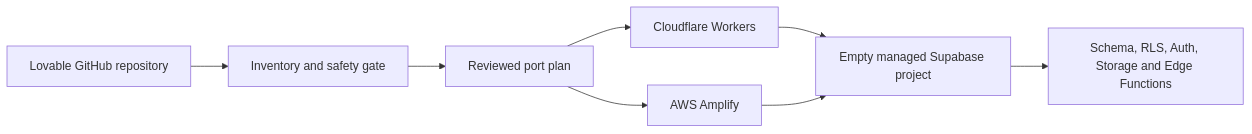
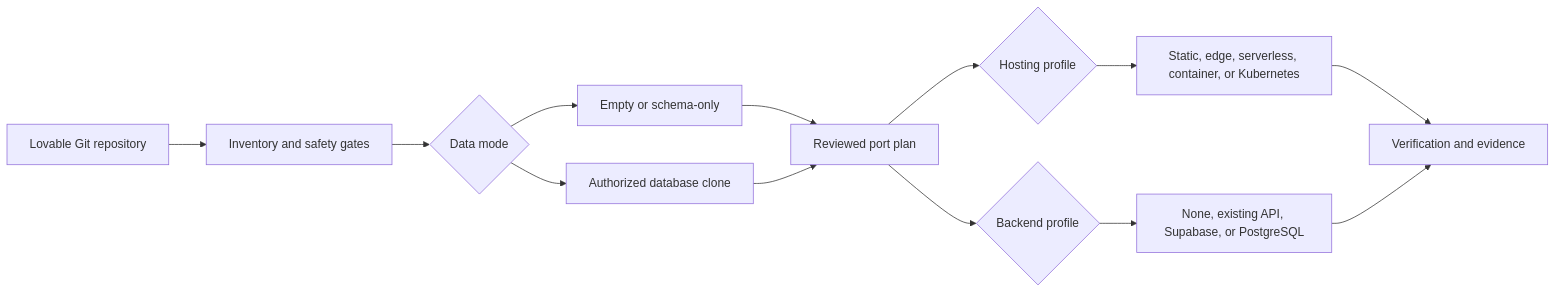
Before and after one commit to adamhjort/lovable-porting-agent: the diagram in README.md, drawn with Mermaid. The commit also changed other lines of this file and 20 other files, not shown here.

First line of the commit message:
Make porting agent model-neutral across hosting, backends, and data modes

````diff
--- a/README.md
+++ b/README.md
@@ -25,10 +28,15 @@
 ```mermaid
 flowchart LR
-    A["Lovable GitHub repository"] --> B["Inventory and safety gate"]
-    B --> C["Reviewed port plan"]
-    C --> D["Cloudflare Workers"]
-    C --> E["AWS Amplify"]
-    D --> F["Empty managed Supabase project"]
-    E --> F
-    F --> G["Schema, RLS, Auth, Storage and Edge Functions"]
+    A["Lovable Git repository"] --> I["Inventory and safety gates"]
+    I --> D{"Data mode"}
+    D --> E["Empty or schema-only"]
+    D --> C["Authorized database clone"]
+    E --> P["Reviewed port plan"]
+    C --> P
+    P --> H{"Hosting profile"}
+    P --> B{"Backend profile"}
+    H --> X["Static, edge, serverless, container, or Kubernetes"]
+    B --> Y["None, existing API, Supabase, or PostgreSQL"]
+    X --> V["Verification and evidence"]
+    Y --> V
 ```
````
